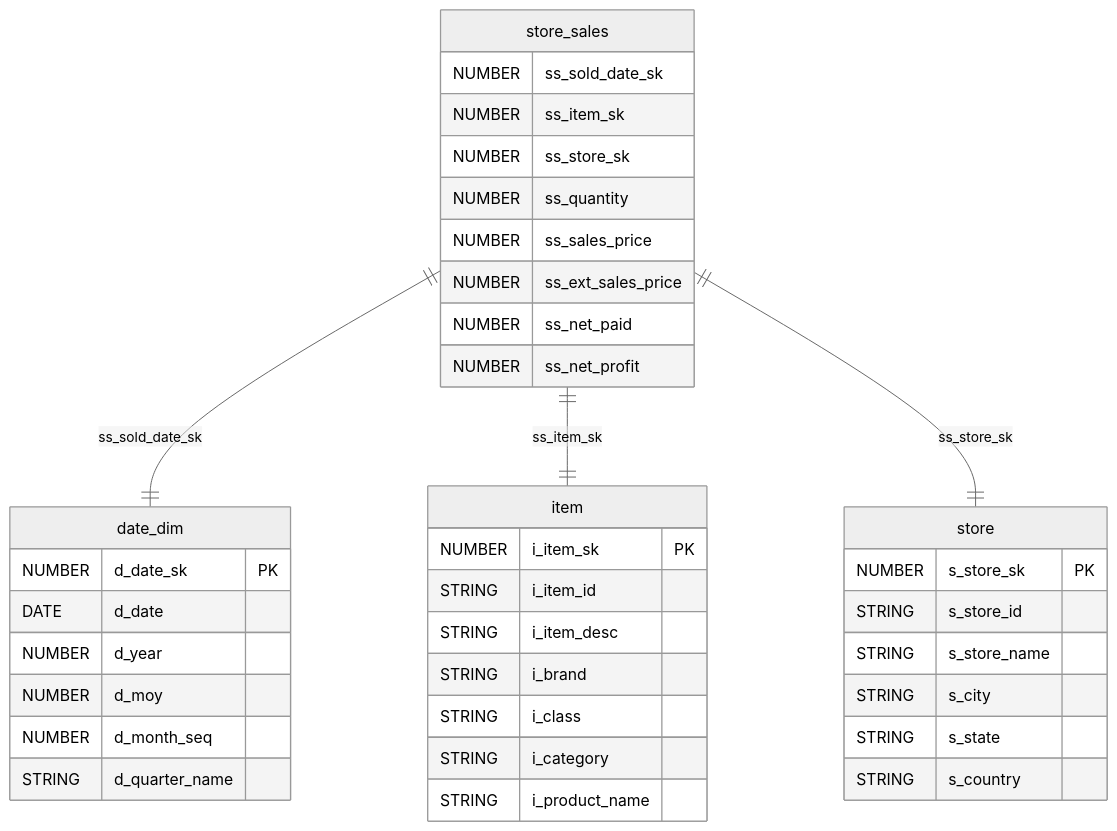
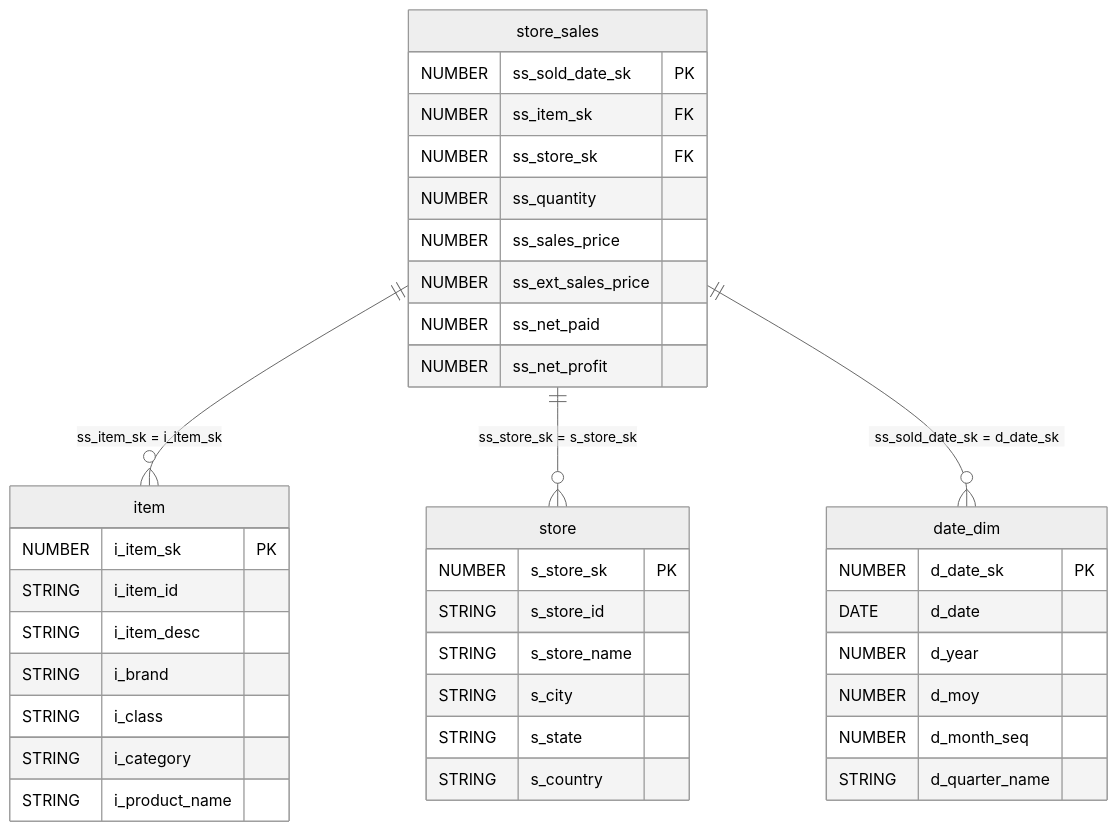
One commit to mrmaheshdattamishra-crypto/etl-scripts changed the first of 3 diagrams in agentic-code/monthly_sales_star_schema/README.md. Above: the diagram before and after it, drawn with Mermaid (neutral theme). The commit also changed other lines of this file, not shown here.

First line of the commit message:
Add ETL design document for monthly sales star schema

````diff
--- a/agentic-code/monthly_sales_star_schema/README.md
+++ b/agentic-code/monthly_sales_star_schema/README.md
@@ -83,45 +78,45 @@
 ```mermaid
 erDiagram
     store_sales {
-        NUMBER ss_sold_date_sk
-        NUMBER ss_item_sk
-        NUMBER ss_store_sk
+        NUMBER ss_sold_date_sk PK
+        NUMBER ss_item_sk FK
+        NUMBER ss_store_sk FK
         NUMBER ss_quantity
         NUMBER ss_sales_price
         NUMBER ss_ext_sales_price
         NUMBER ss_net_paid
         NUMBER ss_net_profit
     }
     
     item {
         NUMBER i_item_sk PK
         STRING i_item_id
         STRING i_item_desc
         STRING i_brand
         STRING i_class
         STRING i_category
         STRING i_product_name
     }
     
     store {
         NUMBER s_store_sk PK
         STRING s_store_id
         STRING s_store_name
         STRING s_city
         STRING s_state
         STRING s_country
     }
     
     date_dim {
         NUMBER d_date_sk PK
         DATE d_date
         NUMBER d_year
         NUMBER d_moy
         NUMBER d_month_seq
         STRING d_quarter_name
     }
     
-    store_sales ||--|| date_dim : ss_sold_date_sk
-    store_sales ||--|| item : ss_item_sk
-    store_sales ||--|| store : ss_store_sk
+    store_sales ||--o{ item : "ss_item_sk = i_item_sk"
+    store_sales ||--o{ store : "ss_store_sk = s_store_sk"
+    store_sales ||--o{ date_dim : "ss_sold_date_sk = d_date_sk"
 ```
````
